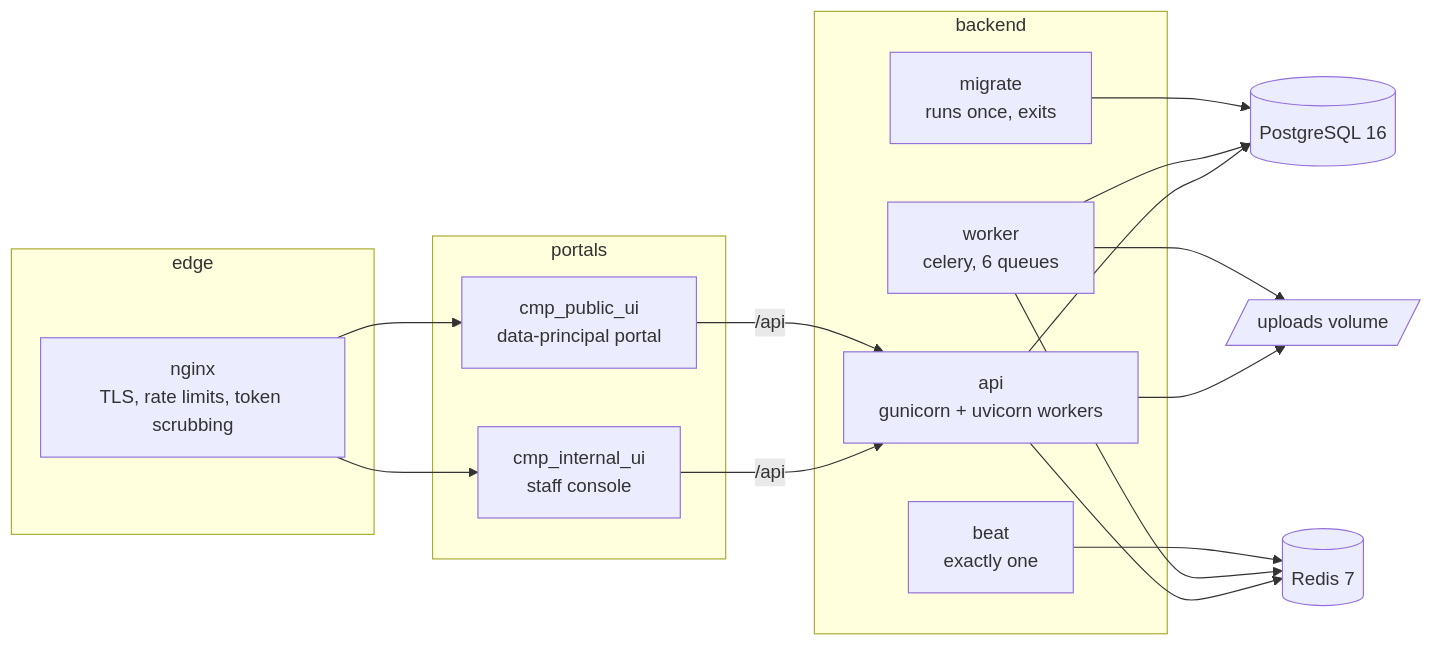
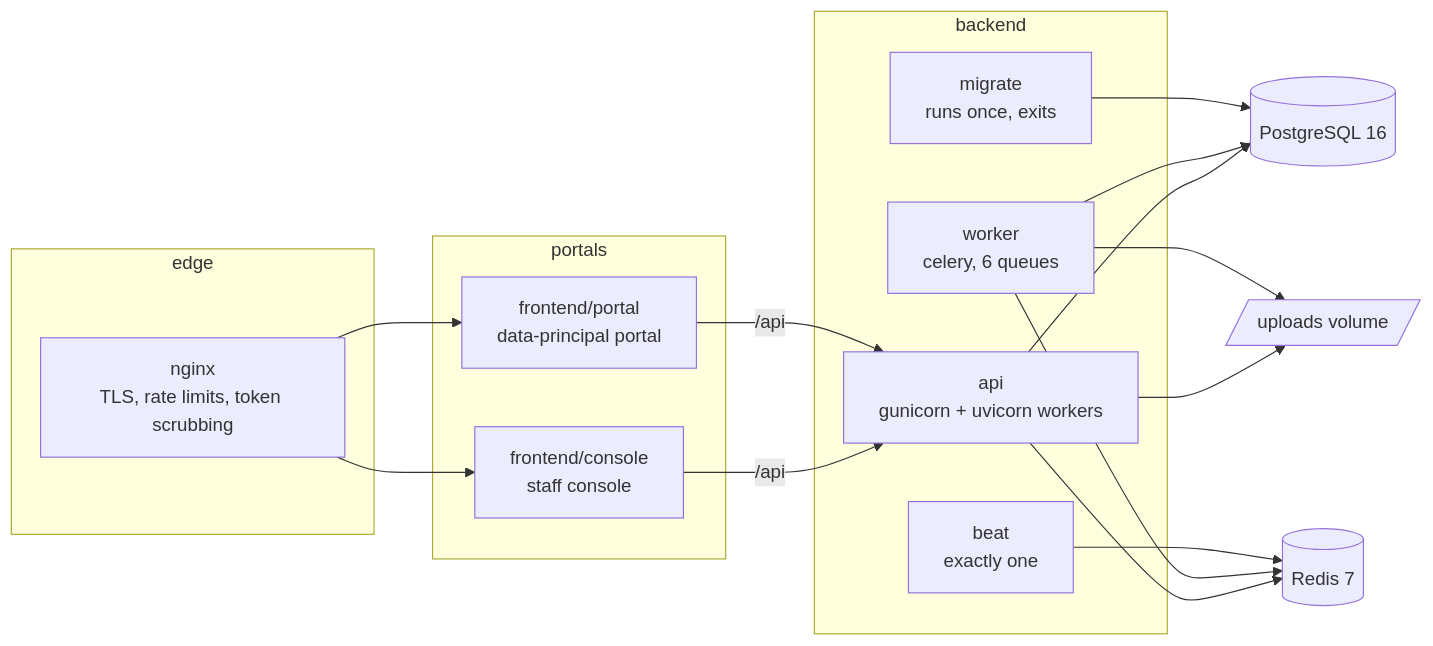
The diagram in docs/operations/deployment.md (pranaldongare/COMPASS_CMP), drawn with Mermaid before and after one commit. The commit also changed other lines of this file and 173 other files, not shown here.

````diff
--- a/docs/operations/deployment.md
+++ b/docs/operations/deployment.md
@@ -11,26 +11,26 @@
 ```mermaid
 flowchart LR
   subgraph edge
     NG[nginx<br/>TLS, rate limits, token scrubbing]
   end
   subgraph portals
-    CON[cmp_internal_ui<br/>staff console]
-    POR[cmp_public_ui<br/>data-principal portal]
+    CON[frontend/console<br/>staff console]
+    POR[frontend/portal<br/>data-principal portal]
   end
   subgraph backend
     API[api<br/>gunicorn + uvicorn workers]
     WK[worker<br/>celery, 6 queues]
     BT[beat<br/>exactly one]
     MG[migrate<br/>runs once, exits]
   end
   PG[(PostgreSQL 16)]
   RD[(Redis 7)]
   UP[/uploads volume/]
   NG --> CON & POR
   CON -- /api --> API
   POR -- /api --> API
   API --> PG & RD & UP
   WK --> PG & RD & UP
   BT --> RD
   MG --> PG
 ```
````
